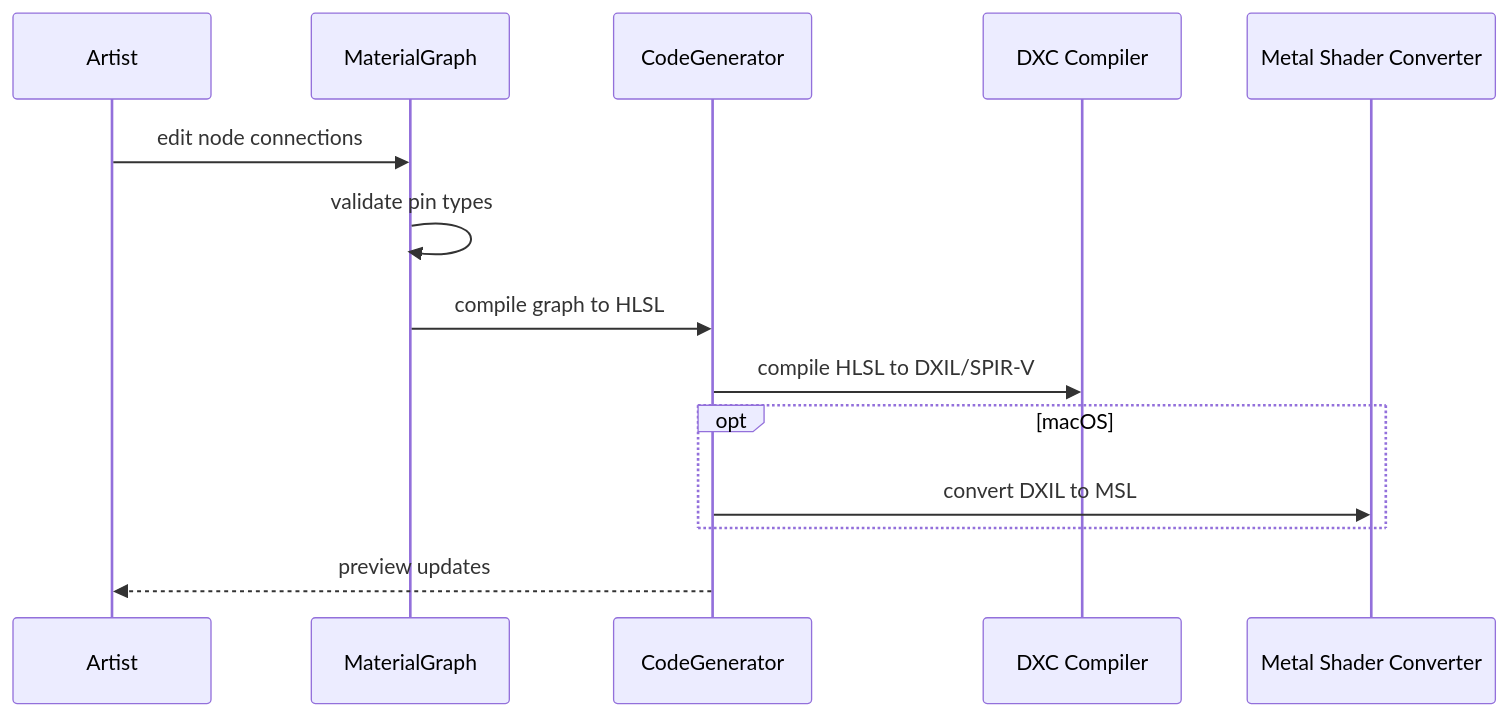
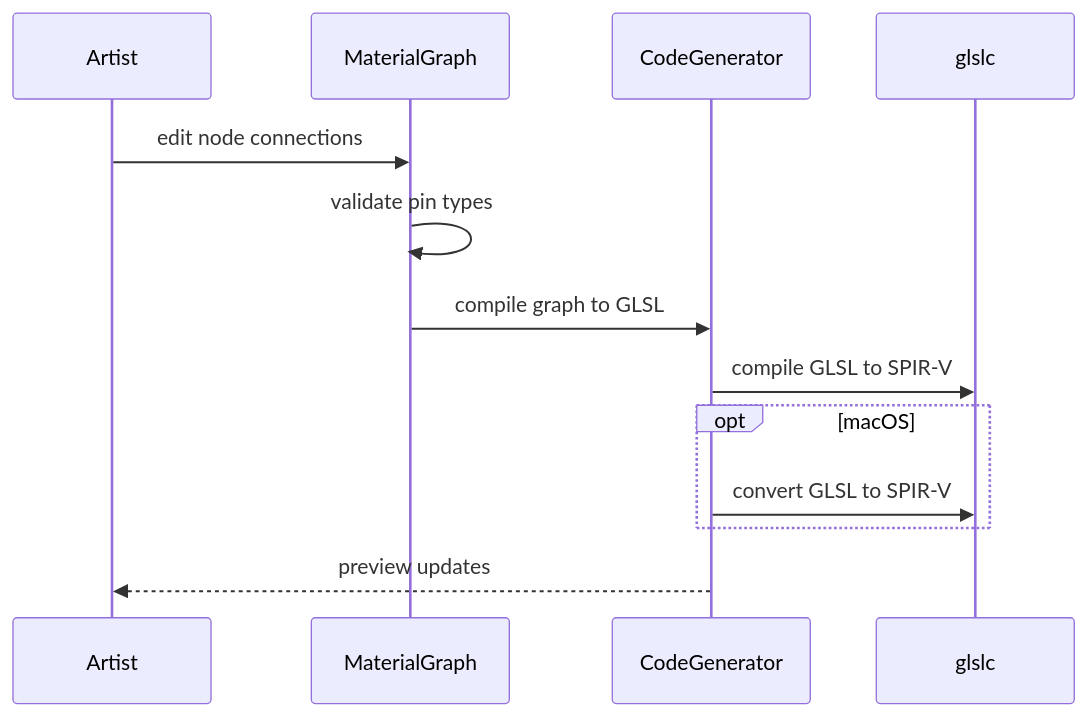
Before and after one commit to harmonius-dev/harmonius: the third of 4 diagrams in docs/design/tools/visual-editors.md, drawn with Mermaid. The commit also changed other lines of this file and 128 other files, not shown here.

````diff
--- a/docs/design/tools/visual-editors.md
+++ b/docs/design/tools/visual-editors.md
@@ -373,17 +373,17 @@
 ```mermaid
 sequenceDiagram
     participant A as Artist
     participant MG as MaterialGraph
     participant CG as CodeGenerator
-    participant DXC as DXC Compiler
-    participant MSC as Metal Shader Converter
+    participant glslc as glslc Compiler
+    participant glslc as glslc
 
     A->>MG: edit node connections
     MG->>MG: validate pin types
-    MG->>CG: compile graph to HLSL
-    CG->>DXC: compile HLSL to DXIL/SPIR-V
+    MG->>CG: compile graph to GLSL
+    CG->>glslc: compile GLSL to SPIR-V
     opt macOS
-        CG->>MSC: convert DXIL to MSL
+        CG->>glslc: convert GLSL to SPIR-V
     end
     CG-->>A: preview updates
 ```
````
